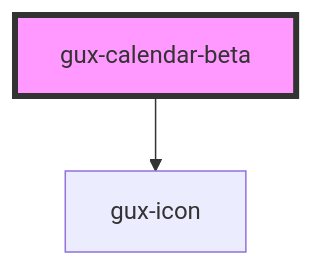
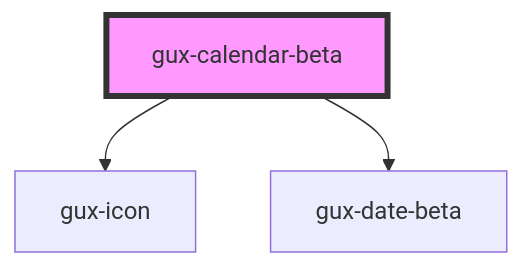
The diagram in packages/genesys-spark-components/src/components/beta/gux-calendar-beta/readme.md (MyPureCloud/genesys-spark), drawn with Mermaid before and after one commit. The commit also changed other lines of this file and 4 other files, not shown here.

Commit message:
chore(calendar-beta): move files up so they show in docs

````diff
--- a/packages/genesys-spark-components/src/components/beta/gux-calendar-beta/readme.md
+++ b/packages/genesys-spark-components/src/components/beta/gux-calendar-beta/readme.md
@@ -15,5 +16,6 @@
 ```mermaid
 graph TD;
   gux-calendar-beta --> gux-icon
+  gux-calendar-beta --> gux-date-beta
   style gux-calendar-beta fill:#f9f,stroke:#333,stroke-width:4px
 ```
````
